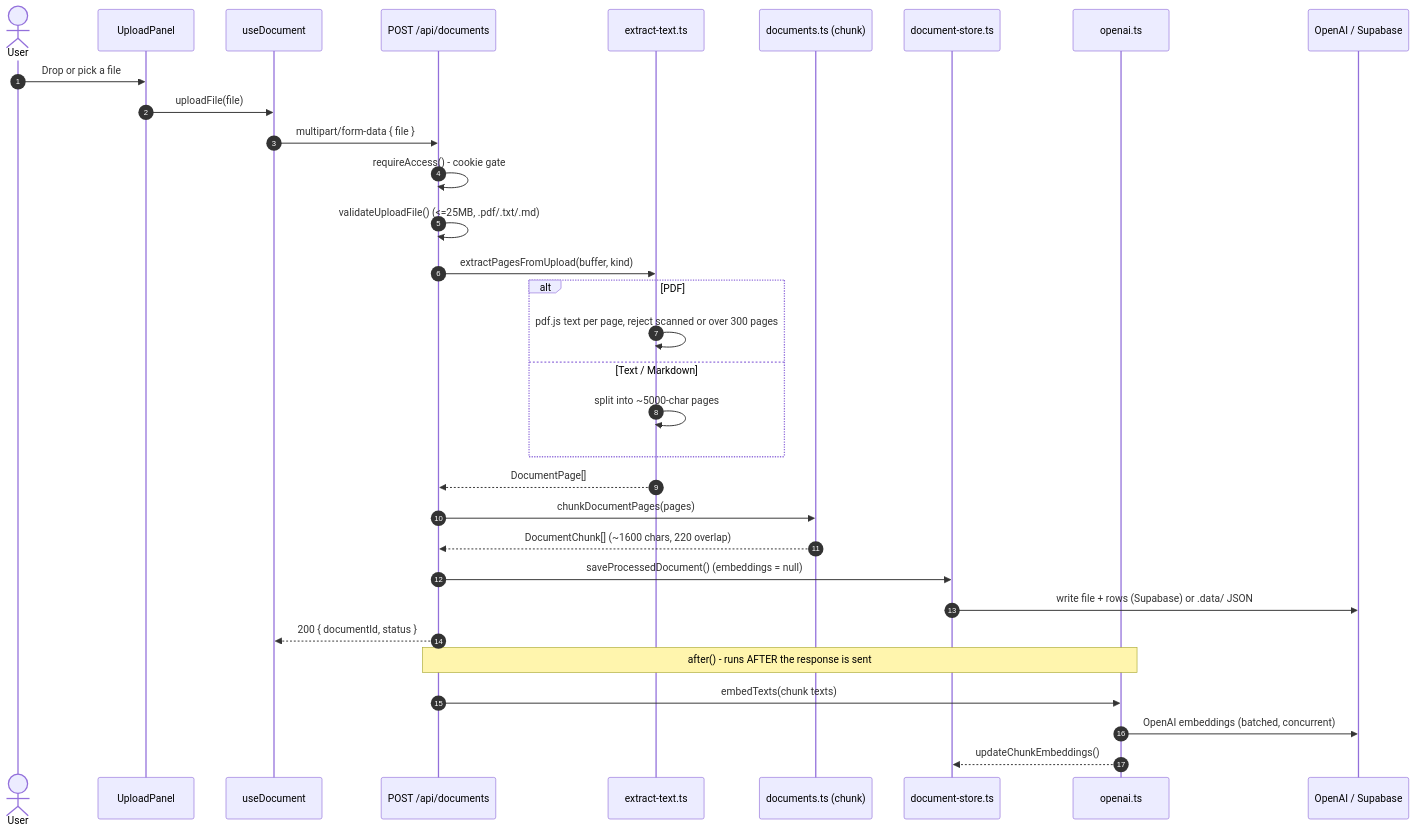
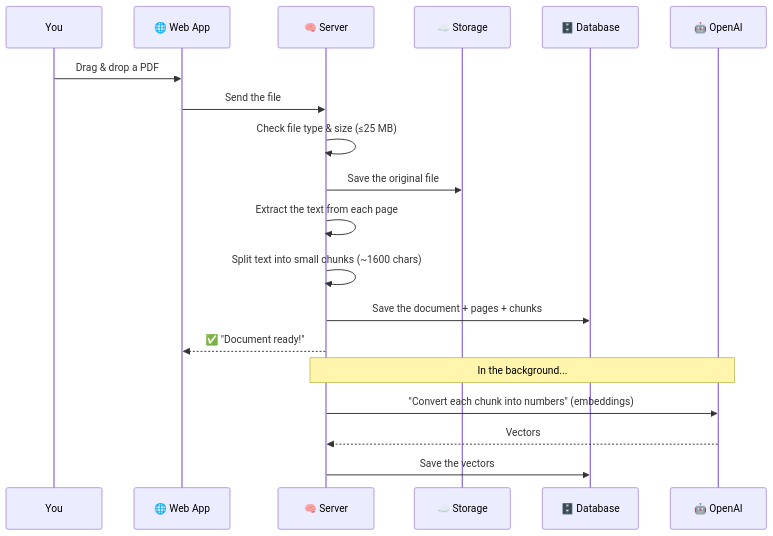
The second of 8 diagrams in README.md (Rezkaudi/AI-Voice-Tutor-for-Documents-), drawn with Mermaid before and after one commit. The commit also changed other lines of this file and 14 other files, not shown here.

````diff
--- a/README.md
+++ b/README.md
@@ -206,35 +85,22 @@
 ```mermaid
 sequenceDiagram
-    autonumber
-    actor User
-    participant UP as UploadPanel
-    participant UD as useDocument
-    participant API as POST /api/documents
-    participant EX as extract-text.ts
-    participant CH as documents.ts (chunk)
-    participant DS as document-store.ts
-    participant OA as openai.ts
-    participant EXT as OpenAI / Supabase
+    participant You
+    participant App as 🌐 Web App
+    participant Server as 🧠 Server
+    participant S3 as ☁️ Storage
+    participant DB as 🗄️ Database
+    participant AI as 🤖 OpenAI
 
-    User->>UP: Drop or pick a file
-    UP->>UD: uploadFile(file)
-    UD->>API: multipart/form-data { file }
-    API->>API: requireAccess() - cookie gate
-    API->>API: validateUploadFile() (<=25MB, .pdf/.txt/.md)
-    API->>EX: extractPagesFromUpload(buffer, kind)
-    alt PDF
-        EX->>EX: pdf.js text per page, reject scanned or over 300 pages
-    else Text / Markdown
-        EX->>EX: split into ~5000-char pages
-    end
-    EX-->>API: DocumentPage[]
-    API->>CH: chunkDocumentPages(pages)
-    CH-->>API: DocumentChunk[] (~1600 chars, 220 overlap)
-    API->>DS: saveProcessedDocument() (embeddings = null)
-    DS->>EXT: write file + rows (Supabase) or .data/ JSON
-    API-->>UD: 200 { documentId, status }
-    Note over API,OA: after() - runs AFTER the response is sent
-    API->>OA: embedTexts(chunk texts)
-    OA->>EXT: OpenAI embeddings (batched, concurrent)
-    OA-->>DS: updateChunkEmbeddings()
+    You->>App: Drag & drop a PDF
+    App->>Server: Send the file
+    Server->>Server: Check file type & size (≤25 MB)
+    Server->>S3: Save the original file
+    Server->>Server: Extract the text from each page
+    Server->>Server: Split text into small chunks (~1600 chars)
+    Server->>DB: Save the document + pages + chunks
+    Server-->>App: ✅ "Document ready!"
+    Note over Server,AI: In the background...
+    Server->>AI: "Convert each chunk into numbers" (embeddings)
+    AI-->>Server: Vectors
+    Server->>DB: Save the vectors
 ```
````
